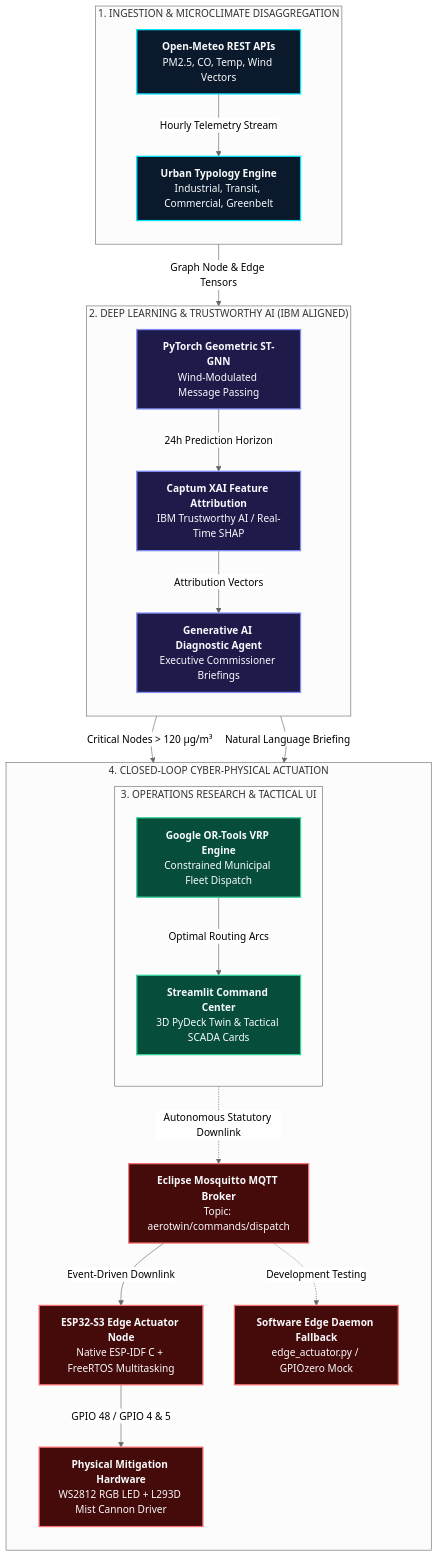
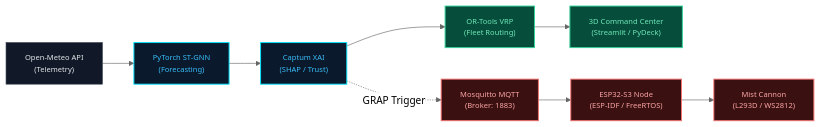
Before and after one commit to alfayezahmad/AeroTwin: the diagram in README.md, drawn with Mermaid (neutral theme). The commit also changed other lines of this file, not shown here.

Commit message:
docs(arch): compact architecture diagram to sleek horizontal layout

````diff
--- a/README.md
+++ b/README.md
@@ -50,52 +50,20 @@
 ```mermaid
-flowchart TB
-    subgraph INGESTION["1. INGESTION & MICROCLIMATE DISAGGREGATION"]
-        direction TB
-        API["<b>Open-Meteo REST APIs</b><br/>PM2.5, CO, Temp, Wind Vectors"]
-        DISAGG["<b>Urban Typology Engine</b><br/>Industrial, Transit, Commercial, Greenbelt"]
-        API -->|Hourly Telemetry Stream| DISAGG
-    end
+flowchart LR
+    A["Open-Meteo API\n(Telemetry)"] --> B["PyTorch ST-GNN\n(Forecasting)"]
+    B --> C["Captum XAI\n(SHAP / Trust)"]
+    C --> D["OR-Tools VRP\n(Fleet Routing)"]
+    D --> E["3D Command Center\n(Streamlit / PyDeck)"]
+    C -.->|GRAP Trigger| F["Mosquitto MQTT\n(Broker: 1883)"]
+    F --> G["ESP32-S3 Node\n(ESP-IDF / FreeRTOS)"]
+    G --> H["Mist Cannon\n(L293D / WS2812)"]
 
-    subgraph ENGINE["2. DEEP LEARNING & TRUSTWORTHY AI (IBM ALIGNED)"]
-        direction TB
-        GNN["<b>PyTorch Geometric ST-GNN</b><br/>Wind-Modulated Message Passing"]
-        XAI["<b>Captum XAI Feature Attribution</b><br/>IBM Trustworthy AI / Real-Time SHAP"]
-        LLM["<b>Generative AI Diagnostic Agent</b><br/>Executive Commissioner Briefings"]
-        DISAGG -->|Graph Node & Edge Tensors| GNN
-        GNN -->|24h Prediction Horizon| XAI
-        XAI -->|Attribution Vectors| LLM
-    end
+    classDef default fill:#111827,stroke:#374151,color:#e5e7eb,font-size:12px;
+    classDef ai fill:#0b192c,stroke:#00e5ff,color:#38bdf8,stroke-width:1.5px;
+    classDef ops fill:#064e3b,stroke:#34d399,color:#6ee7b7,stroke-width:1.5px;
+    classDef edge fill:#3a1010,stroke:#f87171,color:#fca5a5,stroke-width:1.5px;
 
-    subgraph COMMAND["3. OPERATIONS RESEARCH & TACTICAL UI"]
-        direction TB
-        VRP["<b>Google OR-Tools VRP Engine</b><br/>Constrained Municipal Fleet Dispatch"]
-        UI["<b>Streamlit Command Center</b><br/>3D PyDeck Twin & Tactical SCADA Cards"]
-        GNN -->|Critical Nodes > 120 µg/m³| VRP
-        VRP -->|Optimal Routing Arcs| UI
-        LLM -->|Natural Language Briefing| UI
-    end
-
-    subgraph ACTUATION["4. CLOSED-LOOP CYBER-PHYSICAL ACTUATION"]
-        direction TB
-        MQTT["<b>Eclipse Mosquitto MQTT Broker</b><br/>Topic: aerotwin/commands/dispatch"]
-        MCU["<b>ESP32-S3 Edge Actuator Node</b><br/>Native ESP-IDF C + FreeRTOS Multitasking"]
-        CIRCUIT["<b>Physical Mitigation Hardware</b><br/>WS2812 RGB LED + L293D Mist Cannon Driver"]
-        MOCK["<b>Software Edge Daemon Fallback</b><br/>edge_actuator.py / GPIOzero Mock"]
-        
-        COMMAND -.->|Autonomous Statutory Downlink| MQTT
-        MQTT -->|Event-Driven Downlink| MCU
-        MQTT -.->|Development Testing| MOCK
-        MCU -->|GPIO 48 / GPIO 4 & 5| CIRCUIT
-    end
-
-    %% Premium Presentation Styling
-    classDef layerIngest fill:#0b192c,stroke:#00e5ff,stroke-width:2px,color:#f8fafc;
-    classDef layerAI fill:#1e1b4b,stroke:#818cf8,stroke-width:2px,color:#f8fafc;
-    classDef layerCommand fill:#064e3b,stroke:#34d399,stroke-width:2px,color:#f8fafc;
-    classDef layerEdge fill:#450a0a,stroke:#f87171,stroke-width:2px,color:#f8fafc;
-
-    class API,DISAGG layerIngest;
-    class GNN,XAI,LLM layerAI;
-    class VRP,UI layerCommand;
-    class MQTT,MCU,CIRCUIT,MOCK layerEdge;
+    class A default;
+    class B,C ai;
+    class D,E ops;
+    class F,G,H edge;
 ```
````
